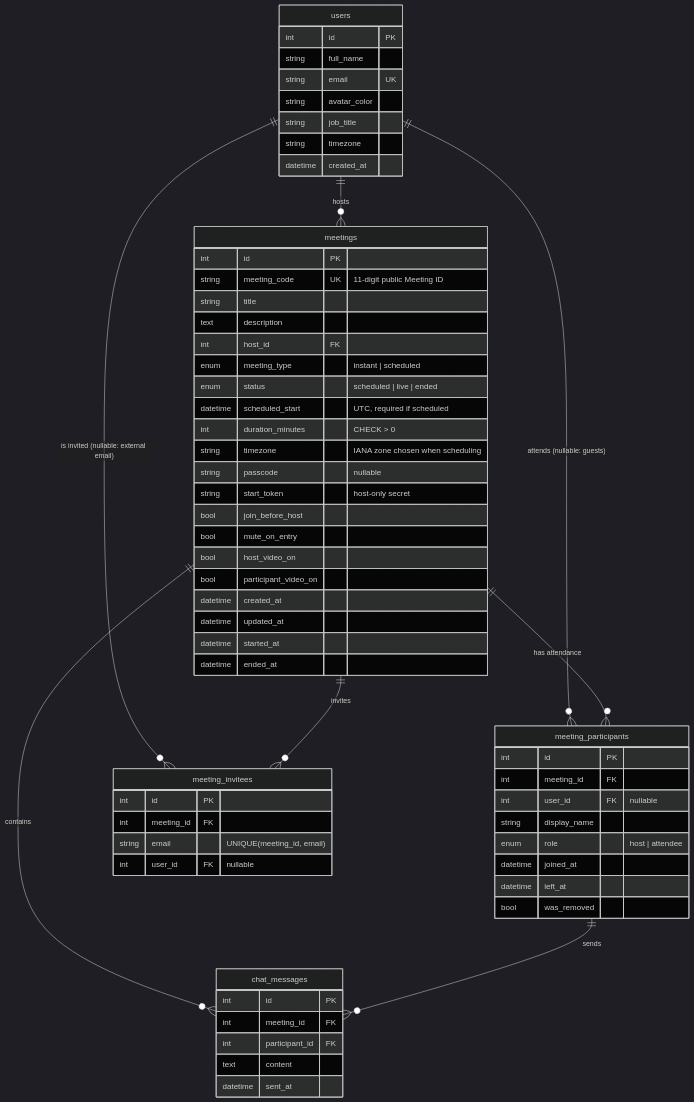
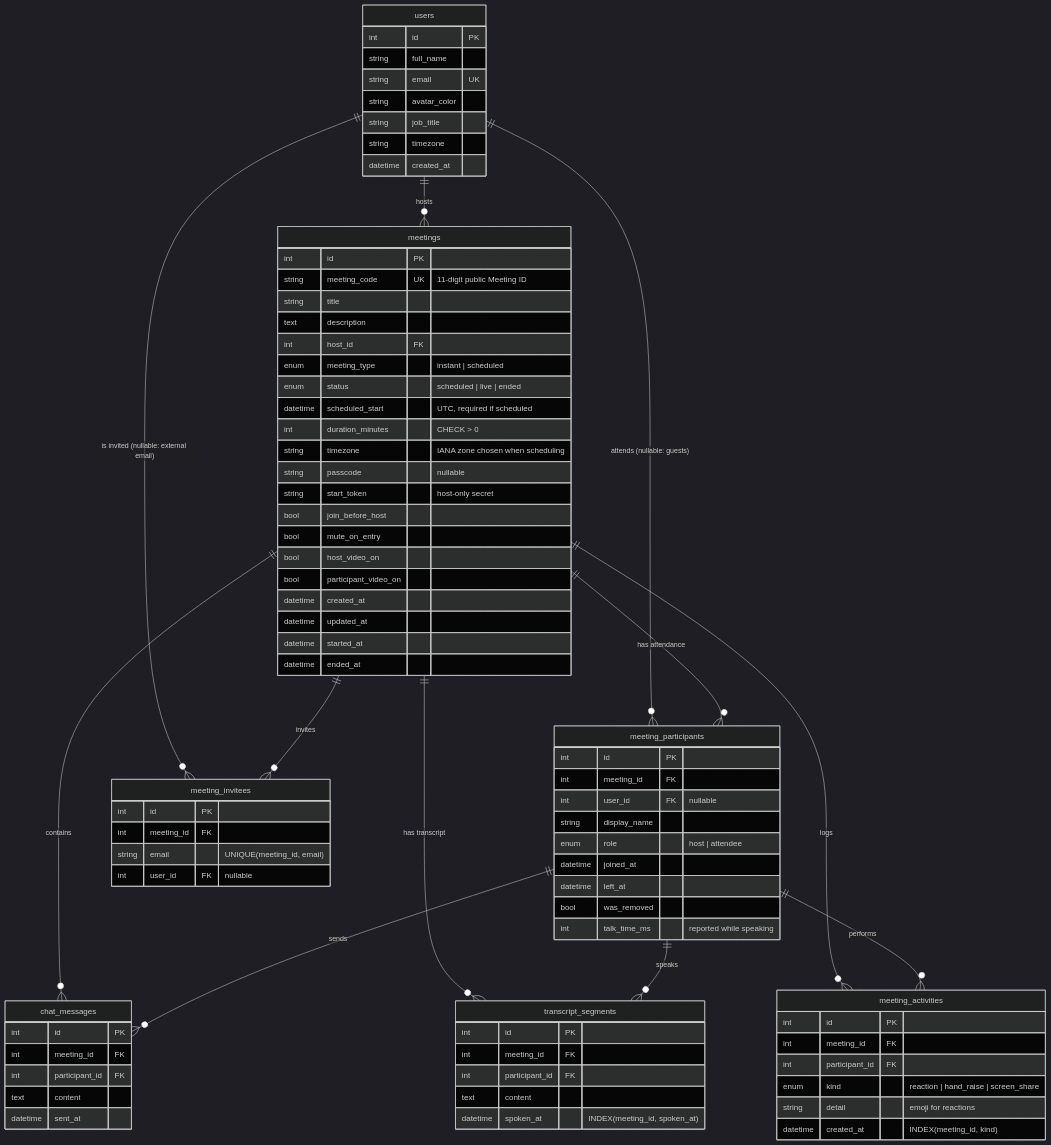
Before and after one commit to bhavyatalwar04/Zoom-Clone: the diagram in README.md, drawn with Mermaid (dark theme). The commit also changed other lines of this file and 39 other files, not shown here.

````diff
--- a/README.md
+++ b/README.md
@@ -143,6 +159,10 @@
     meetings ||--o{ meeting_participants : "has attendance"
     meetings ||--o{ chat_messages : contains
     meeting_participants ||--o{ chat_messages : sends
+    meetings ||--o{ transcript_segments : "has transcript"
+    meeting_participants ||--o{ transcript_segments : speaks
+    meetings ||--o{ meeting_activities : logs
+    meeting_participants ||--o{ meeting_activities : performs
 
     users {
         int id PK
@@ -190,6 +210,7 @@
         datetime joined_at
         datetime left_at
         bool was_removed
+        int talk_time_ms "reported while speaking"
     }
     chat_messages {
         int id PK
@@ -198,4 +219,19 @@
         text content
         datetime sent_at
     }
+    transcript_segments {
+        int id PK
+        int meeting_id FK
+        int participant_id FK
+        text content
+        datetime spoken_at "INDEX(meeting_id, spoken_at)"
+    }
+    meeting_activities {
+        int id PK
+        int meeting_id FK
+        int participant_id FK
+        enum kind "reaction | hand_raise | screen_share"
+        string detail "emoji for reactions"
+        datetime created_at "INDEX(meeting_id, kind)"
+    }
 ```
````
